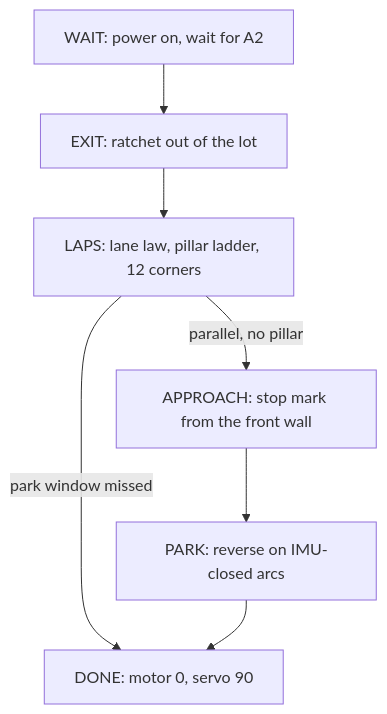
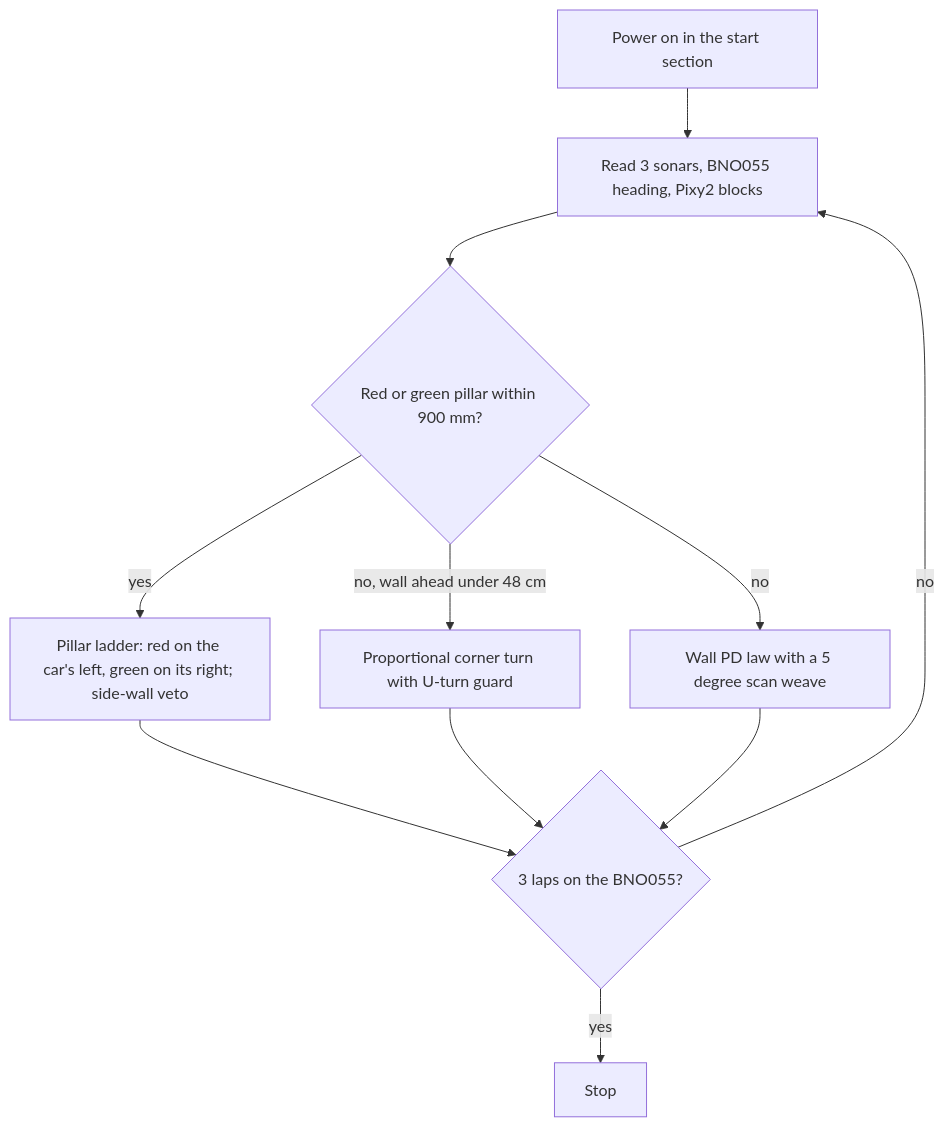
One commit to BllueWave/WRO-Future-Engineers-2026 changed the diagram in README.md. Above: the diagram before and after it, drawn with Mermaid. The commit also changed other lines of this file and 1 other file, not shown here.

Commit message:
Describe the Obstacle build we race on the front page and the software page

````diff
--- a/README.md
+++ b/README.md
@@ -102,9 +102,13 @@
 ```mermaid
 flowchart TD
-    W["WAIT: power on, wait for A2"] --> E["EXIT: ratchet out of the lot"]
-    E --> L["LAPS: lane law, pillar ladder, 12 corners"]
-    L -->|"parallel, no pillar"| A["APPROACH: stop mark from the front wall"]
-    L -->|"park window missed"| D["DONE: motor 0, servo 90"]
-    A --> P["PARK: reverse on IMU-closed arcs"]
-    P --> D
+    S["Power on in the start section"] --> R["Read 3 sonars, BNO055 heading, Pixy2 blocks"]
+    R --> Q{"Red or green pillar within 900 mm?"}
+    Q -->|"yes"| P["Pillar ladder: red on the car's left, green on its right; side-wall veto"]
+    Q -->|"no, wall ahead under 48 cm"| C["Proportional corner turn with U-turn guard"]
+    Q -->|"no"| W["Wall PD law with a 5 degree scan weave"]
+    P --> K{"3 laps on the BNO055?"}
+    C --> K
+    W --> K
+    K -->|"no"| R
+    K -->|"yes"| D["Stop"]
 ```
````
